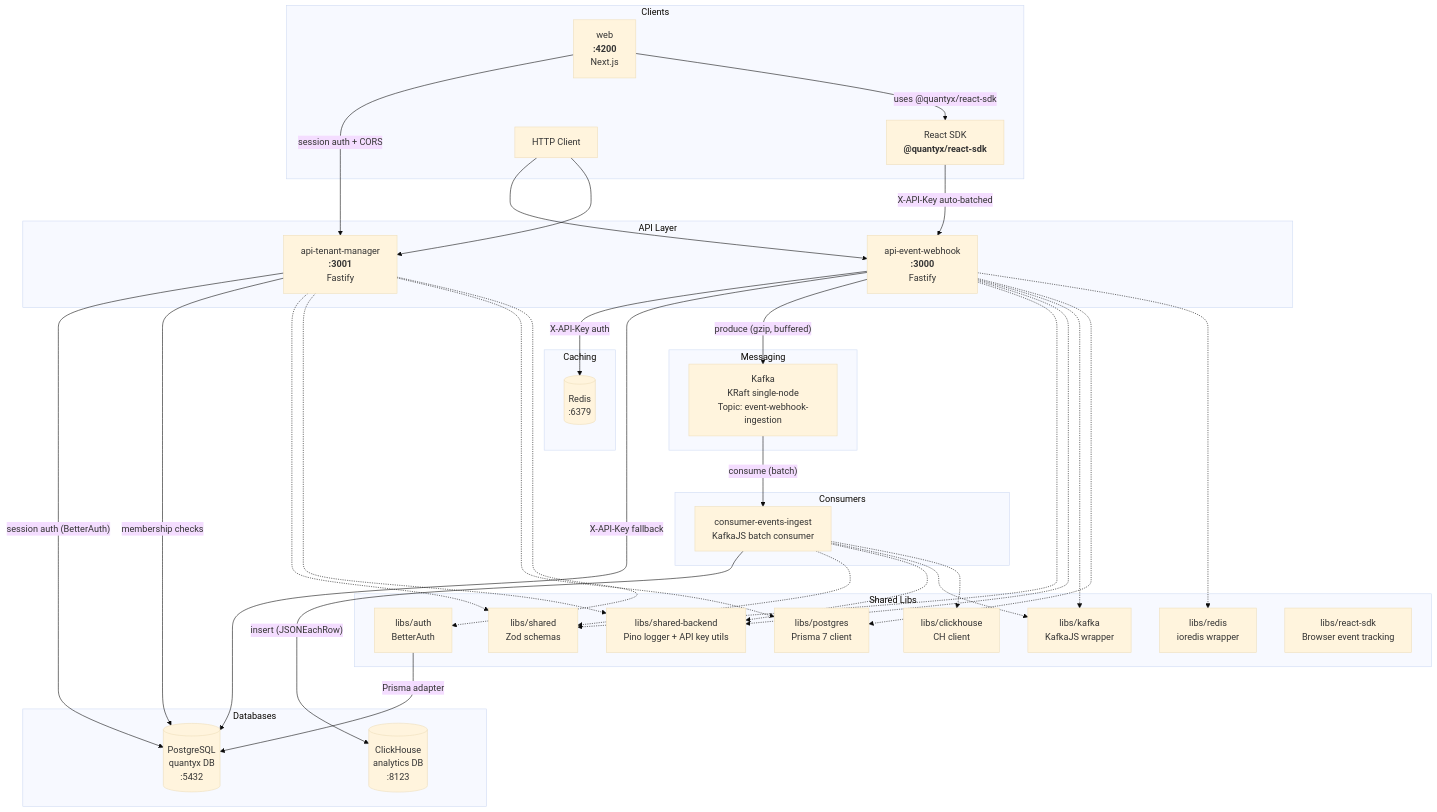
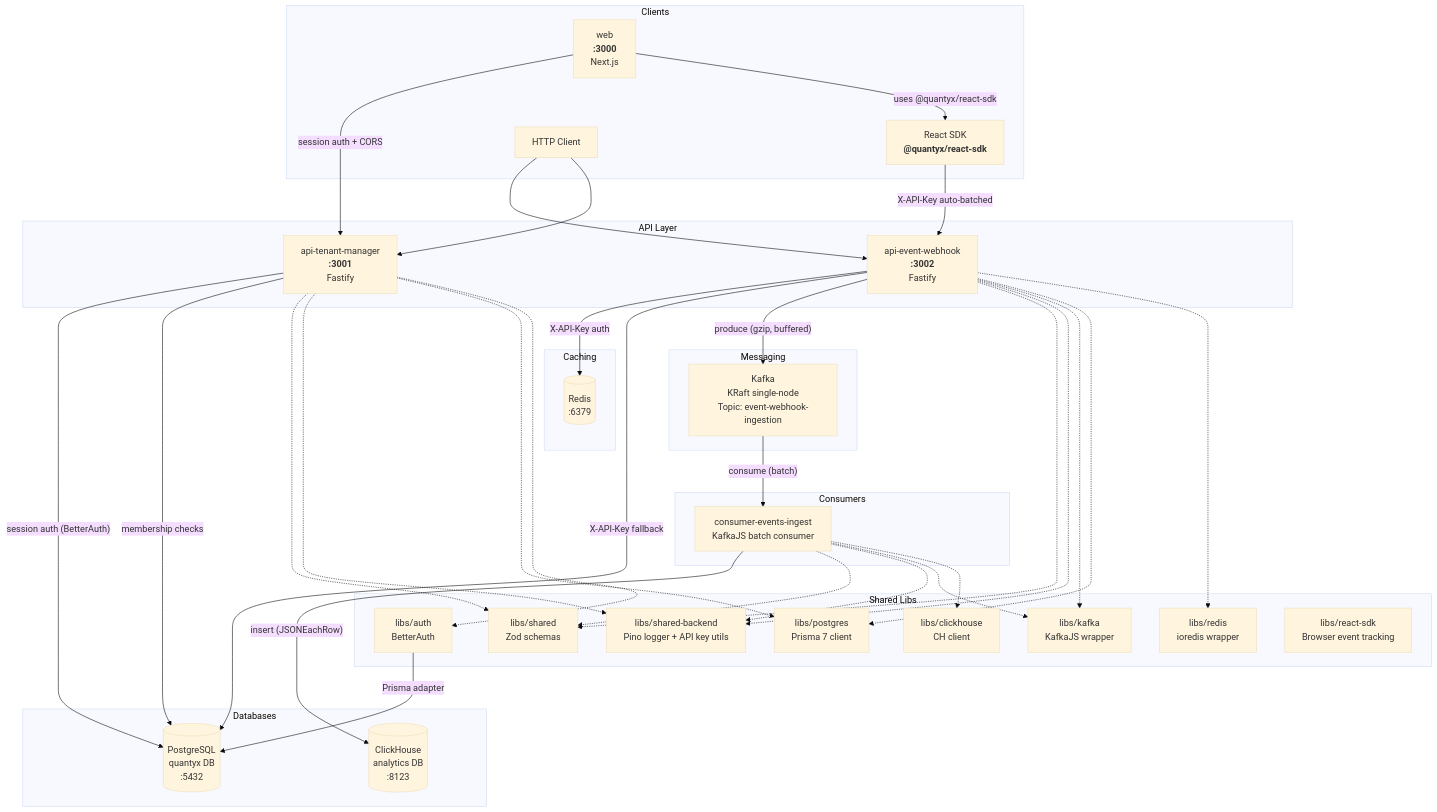
One commit to MateusRoscoe/quantyx changed the first of 5 diagrams in OVERVIEW.md. Above: the diagram before and after it, drawn with Mermaid (base theme). The commit also changed other lines of this file and 10 other files, not shown here.

````diff
--- a/OVERVIEW.md
+++ b/OVERVIEW.md
@@ -13,70 +13,70 @@
 ```mermaid
 graph TB
     subgraph Clients
-        WEB["web<br/><b>:4200</b><br/>Next.js"]
+        WEB["web<br/><b>:3000</b><br/>Next.js"]
         SDK["React SDK<br/><b>@quantyx/react-sdk</b>"]
         HTTP["HTTP Client"]
     end
 
     subgraph API Layer
-        EW["api-event-webhook<br/><b>:3000</b><br/>Fastify"]
+        EW["api-event-webhook<br/><b>:3002</b><br/>Fastify"]
         TM["api-tenant-manager<br/><b>:3001</b><br/>Fastify"]
     end
 
     subgraph Messaging
         K["Kafka<br/>KRaft single-node<br/>Topic: event-webhook-ingestion"]
     end
 
     subgraph Consumers
         CE["consumer-events-ingest<br/>KafkaJS batch consumer"]
     end
 
     subgraph Databases
         CH[("ClickHouse<br/>analytics DB<br/>:8123")]
         PG[("PostgreSQL<br/>quantyx DB<br/>:5432")]
     end
 
     subgraph Caching
         RD[("Redis<br/>:6379")]
     end
 
     subgraph Shared Libs
         LS["libs/shared<br/>Zod schemas"]
         LSB["libs/shared-backend<br/>Pino logger + API key utils"]
         LK["libs/kafka<br/>KafkaJS wrapper"]
         LC["libs/clickhouse<br/>CH client"]
         LP["libs/postgres<br/>Prisma 7 client"]
         LR["libs/redis<br/>ioredis wrapper"]
         LA["libs/auth<br/>BetterAuth"]
         LSDK["libs/react-sdk<br/>Browser event tracking"]
     end
 
     WEB -- "session auth + CORS" --> TM
     WEB -- "uses @quantyx/react-sdk" --> SDK
     SDK -- "X-API-Key auto-batched" --> EW
     HTTP --> EW
     HTTP --> TM
 
     EW -- "X-API-Key auth" --> RD
     EW -- "X-API-Key fallback" --> PG
     EW -- "produce (gzip, buffered)" --> K
     K -- "consume (batch)" --> CE
     CE -- "insert (JSONEachRow)" --> CH
     TM -- "session auth (BetterAuth)" --> PG
     TM -- "membership checks" --> PG
     LA -- "Prisma adapter" --> PG
 
     EW -.-> LS
     EW -.-> LSB
     EW -.-> LK
     EW -.-> LP
     EW -.-> LR
     CE -.-> LS
     CE -.-> LSB
     CE -.-> LK
     CE -.-> LC
     TM -.-> LS
     TM -.-> LSB
     TM -.-> LP
     TM -.-> LA
 ```
````
